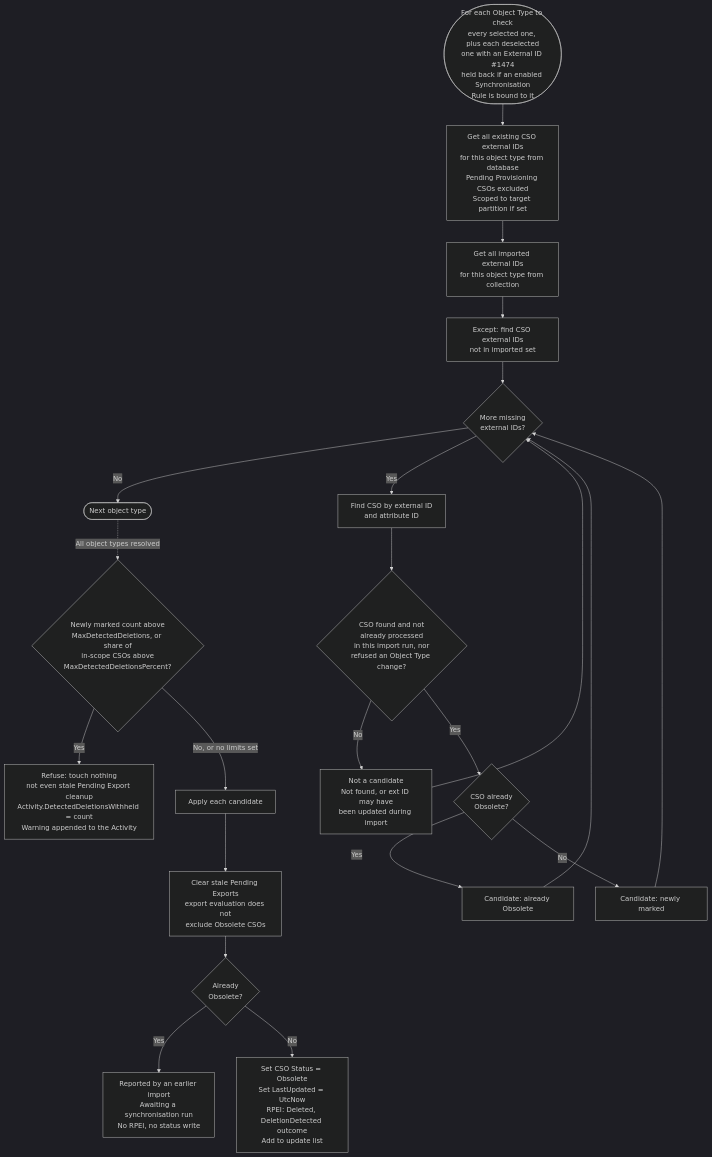
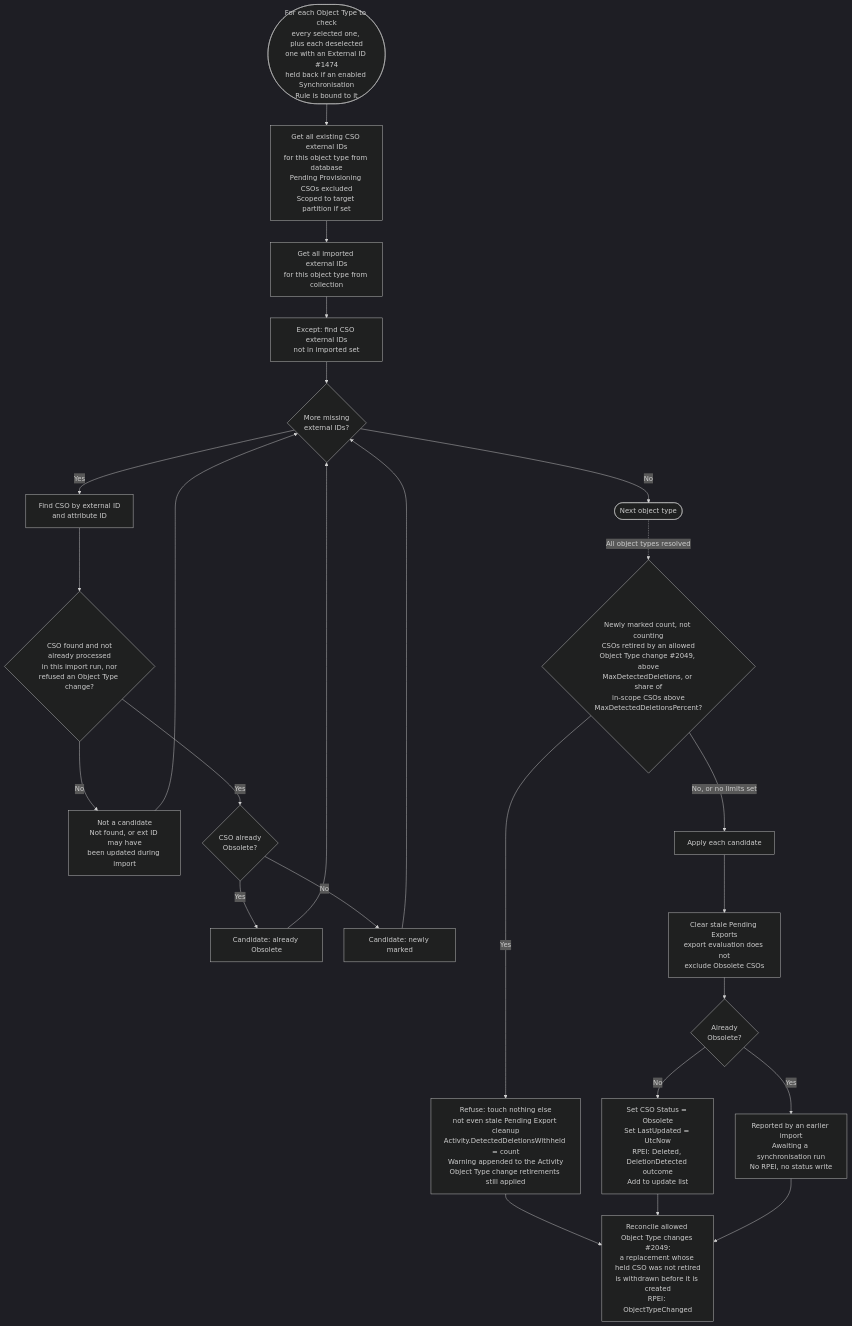
Before and after one commit to TetronIO/JIM: the third of 6 diagrams in docs/developer/diagrams/FULL_IMPORT_FLOW.md, drawn with Mermaid (dark theme). The commit also changed 6 other files, not shown here.

````diff
--- a/docs/developer/diagrams/FULL_IMPORT_FLOW.md
+++ b/docs/developer/diagrams/FULL_IMPORT_FLOW.md
@@ -162,25 +162,29 @@
 ```mermaid
 flowchart TD
     Start([For each Object Type to check<br/>every selected one, plus each deselected<br/>one with an External ID #1474<br/>held back if an enabled Synchronisation<br/>Rule is bound to it]) --> GetExisting[Get all existing CSO external IDs<br/>for this object type from database<br/>Pending Provisioning CSOs excluded<br/>Scoped to target partition if set]
     GetExisting --> GetImported[Get all imported external IDs<br/>for this object type from collection]
     GetImported --> Compare[Except: find CSO external IDs<br/>not in imported set]
     Compare --> Loop{More missing<br/>external IDs?}
     Loop -->|No| NextType([Next object type])
     Loop -->|Yes| FindCso[Find CSO by external ID<br/>and attribute ID]
     FindCso --> Found{CSO found and not<br/>already processed<br/>in this import run, nor<br/>refused an Object Type change?}
     Found -->|No| Drop[Not a candidate<br/>Not found, or ext ID may have<br/>been updated during import]
     Drop --> Loop
     Found -->|Yes| Classify{CSO already<br/>Obsolete?}
     Classify -->|Yes| AlreadyObsolete[Candidate: already Obsolete]
     Classify -->|No| NewlyMarked[Candidate: newly marked]
     AlreadyObsolete --> Loop
     NewlyMarked --> Loop
 
-    NextType -.->|All object types resolved| Limits{Newly marked count above<br/>MaxDetectedDeletions, or share of<br/>in-scope CSOs above<br/>MaxDetectedDeletionsPercent?}
-    Limits -->|Yes| Refuse[Refuse: touch nothing<br/>not even stale Pending Export cleanup<br/>Activity.DetectedDeletionsWithheld = count<br/>Warning appended to the Activity]
+    NextType -.->|All object types resolved| Limits{Newly marked count, not counting<br/>CSOs retired by an allowed<br/>Object Type change #2049, above<br/>MaxDetectedDeletions, or share of<br/>in-scope CSOs above<br/>MaxDetectedDeletionsPercent?}
+    Limits -->|Yes| Refuse[Refuse: touch nothing else<br/>not even stale Pending Export cleanup<br/>Activity.DetectedDeletionsWithheld = count<br/>Warning appended to the Activity<br/>Object Type change retirements still applied]
+    Refuse --> Reconcile
+    Obsolete --> Reconcile
+    StillGone --> Reconcile
+    Reconcile[Reconcile allowed Object Type changes #2049:<br/>a replacement whose held CSO was not retired<br/>is withdrawn before it is created<br/>RPEI: ObjectTypeChanged]
     Limits -->|No, or no limits set| Apply[Apply each candidate]
     Apply --> ClearPes[Clear stale Pending Exports<br/>export evaluation does not<br/>exclude Obsolete CSOs]
     ClearPes --> WasObsolete{Already<br/>Obsolete?}
     WasObsolete -->|Yes| StillGone[Reported by an earlier import<br/>Awaiting a synchronisation run<br/>No RPEI, no status write]
     WasObsolete -->|No| Obsolete[Set CSO Status = Obsolete<br/>Set LastUpdated = UtcNow<br/>RPEI: Deleted, DeletionDetected outcome<br/>Add to update list]
 ```
````
